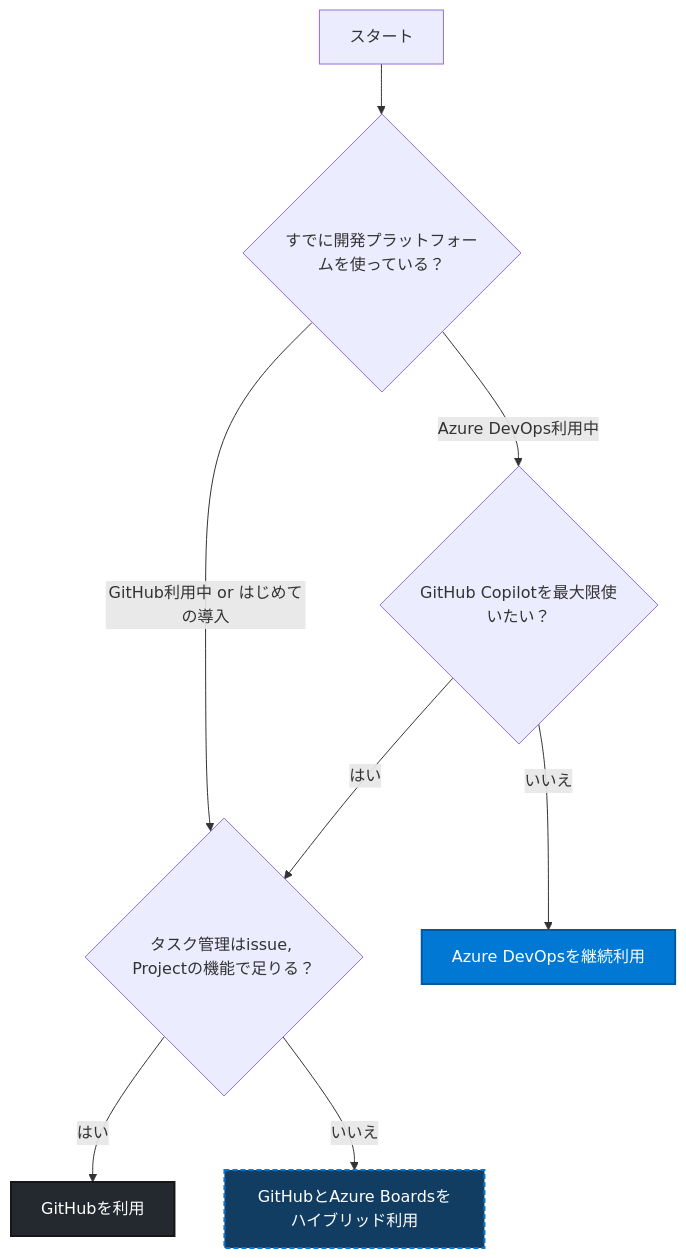
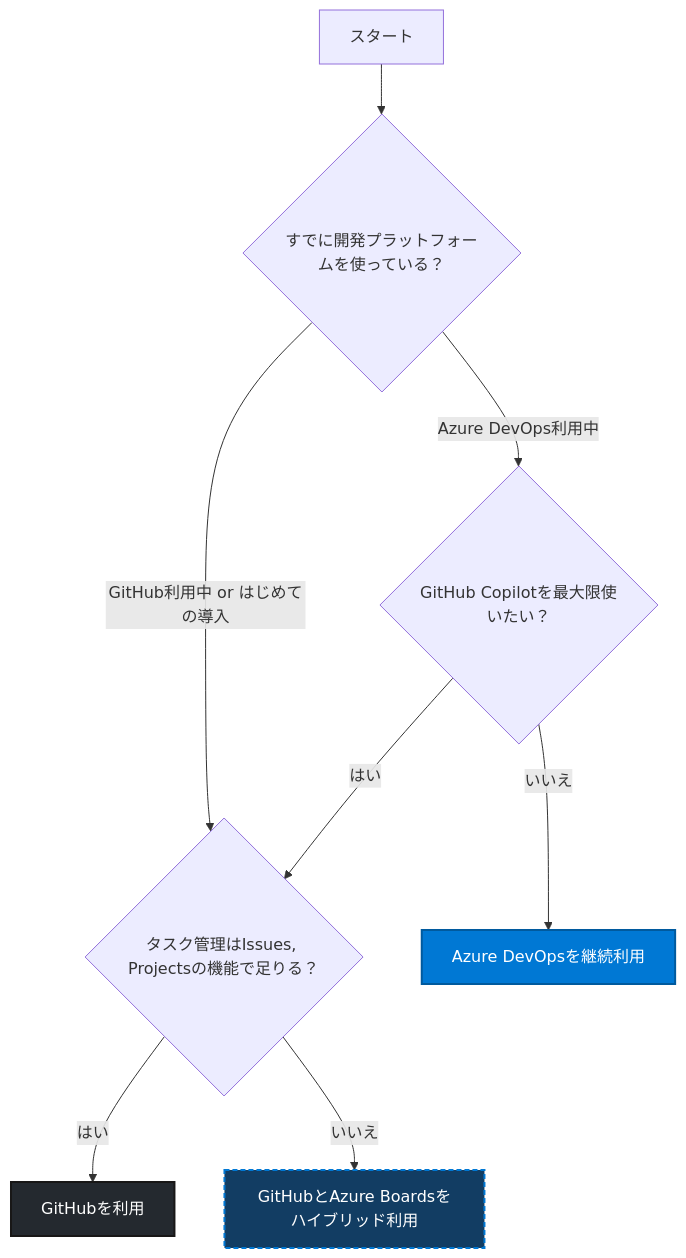
One commit to 07JP27/zenn-content changed the diagram in articles/ado-gh-which-should-i-choose.md. Above: the diagram before and after it, drawn with Mermaid. The commit also changed other lines of this file, not shown here.

````diff
--- a/articles/ado-gh-which-should-i-choose.md
+++ b/articles/ado-gh-which-should-i-choose.md
@@ -21,24 +21,24 @@
 ```mermaid
 flowchart TD
     A[スタート] --> B{すでに開発プラットフォームを使っている？}
     B -->|Azure DevOps利用中| D{GitHub Copilotを最大限使いたい？}
 
-    B -->|GitHub利用中 or はじめての導入| E{タスク管理はissue, Projectの機能で足りる？}
+    B -->|GitHub利用中 or はじめての導入| E{タスク管理はIssues, Projectsの機能で足りる？}
     E -->|はい| F[GitHubを利用]
     E -->|いいえ| G[GitHubとAzure Boardsをハイブリッド利用]
 
     D -->|はい| E
     D -->|いいえ| H[Azure DevOpsを継続利用]
 
 
     %% スタイル定義
     classDef github fill:#24292f,stroke:#181717,stroke-width:2px,color:#ffffff
     classDef azuredevops fill:#0078d4,stroke:#005a9e,stroke-width:2px,color:#ffffff
     %% hybrid: blended color + dashed border to強調
     classDef hybrid fill:#123d63,stroke:#0078d4,stroke-width:2px,stroke-dasharray:5 3,color:#ffffff
 
     %% ノードにスタイルを適用
     class F github
     class H azuredevops
     class G hybrid
 ```
````
